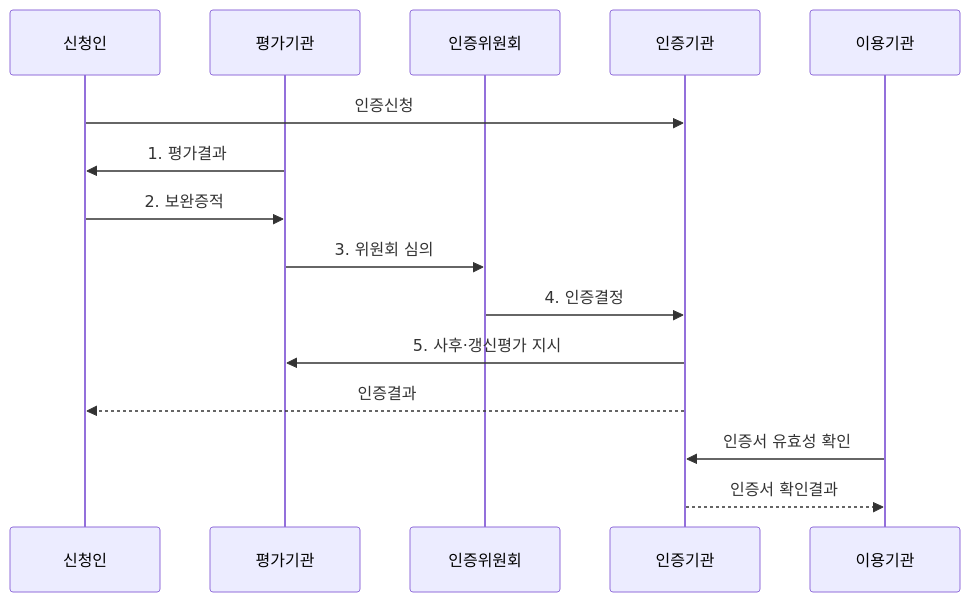
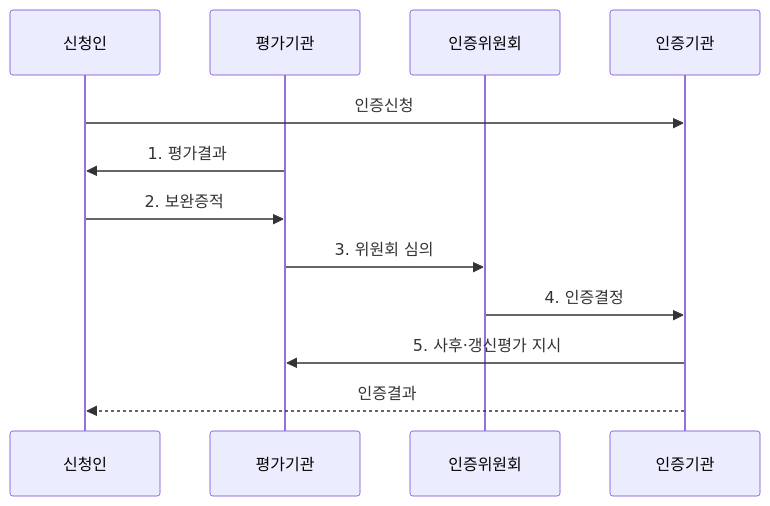
The second of 2 diagrams in src/content/docs/notes/05-security/075_csap.md (agnusdei1207/knowledge-base), drawn with Mermaid before and after one commit. The commit also changed 5 other files, not shown here.

Commit message:
Trim cloud and AI sequence actors

````diff
--- a/src/content/docs/notes/05-security/075_csap.md
+++ b/src/content/docs/notes/05-security/075_csap.md
@@ -99,17 +99,14 @@
 ```mermaid
 sequenceDiagram
     participant A as 신청인
     participant E as 평가기관
     participant C as 인증위원회
     participant I as 인증기관
-    participant U as 이용기관
     A->>I: 인증신청
     E->>A: 1. 평가결과
     A->>E: 2. 보완증적
     E->>C: 3. 위원회 심의
     C->>I: 4. 인증결정
     I->>E: 5. 사후·갱신평가 지시
     I-->>A: 인증결과
-    U->>I: 인증서 유효성 확인
-    I-->>U: 인증서 확인결과
 ```
````
